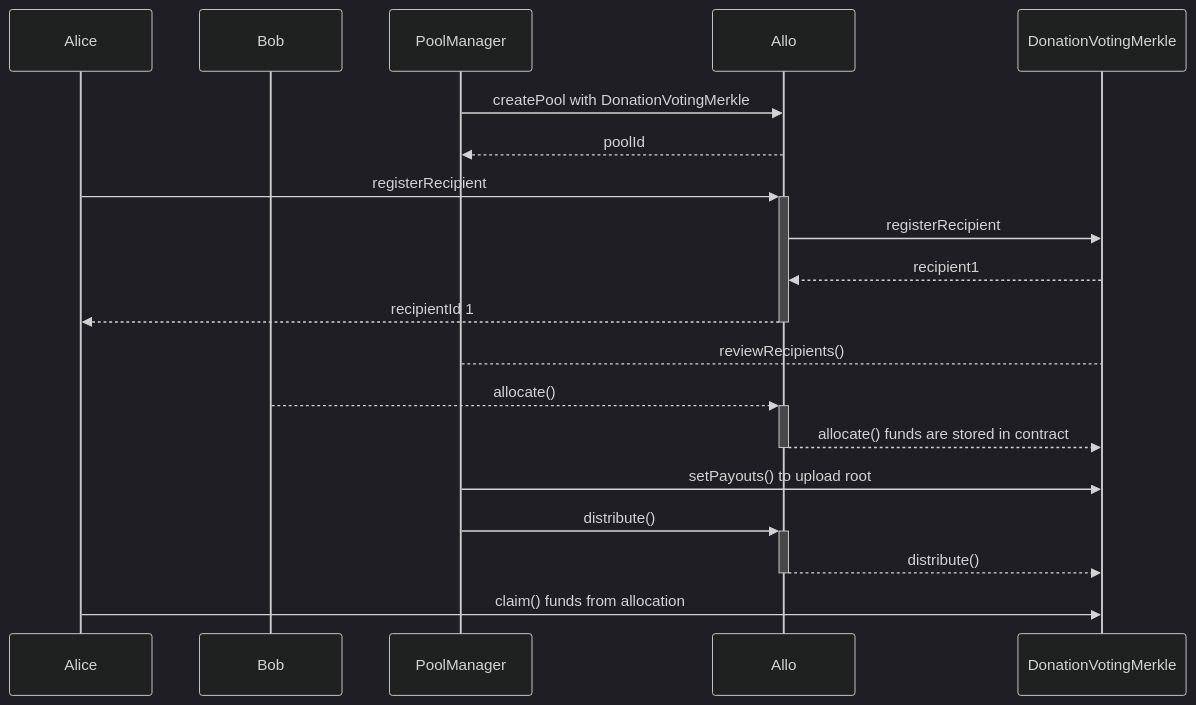
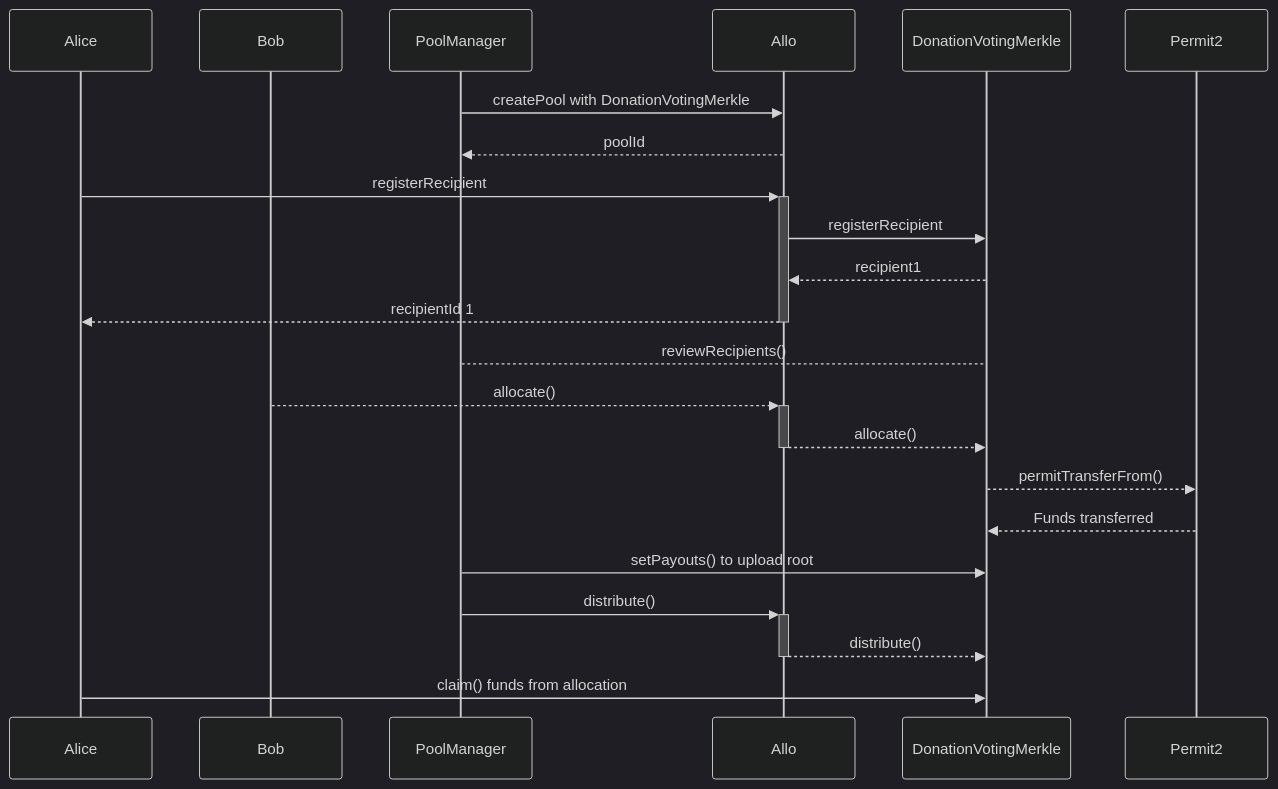
Before and after one commit to allo-protocol/allo-v2: the diagram in contracts/strategies/donation-voting-merkle-distribution-vault/README.md, drawn with Mermaid (dark theme). The commit also changed other lines of this file and 1 other file, not shown here.

````diff
--- a/contracts/strategies/donation-voting-merkle-distribution-vault/README.md
+++ b/contracts/strategies/donation-voting-merkle-distribution-vault/README.md
@@ -36,22 +36,25 @@
 ```mermaid
 sequenceDiagram
     participant Alice
     participant Bob
     participant PoolManager
     participant Allo
     participant DonationVotingMerkle
+    participant Permit2
 
     PoolManager->>Allo: createPool with DonationVotingMerkle
     Allo-->>PoolManager: poolId
     Alice->>+Allo: registerRecipient
     Allo->>DonationVotingMerkle: registerRecipient
     DonationVotingMerkle-->>Allo: recipient1
     Allo-->>-Alice: recipientId 1
     PoolManager-->DonationVotingMerkle: reviewRecipients()
     Bob-->>+Allo: allocate()
-    Allo-->>-DonationVotingMerkle: allocate() funds are stored in contract
+    Allo-->>-DonationVotingMerkle: allocate()
+    DonationVotingMerkle-->>Permit2: permitTransferFrom()
+    Permit2-->>DonationVotingMerkle: Funds transferred
     PoolManager->>DonationVotingMerkle: setPayouts() to upload root
     PoolManager->>+Allo: distribute()
     Allo-->>-DonationVotingMerkle: distribute()
     Alice->>DonationVotingMerkle: claim() funds from allocation
 ```
````
